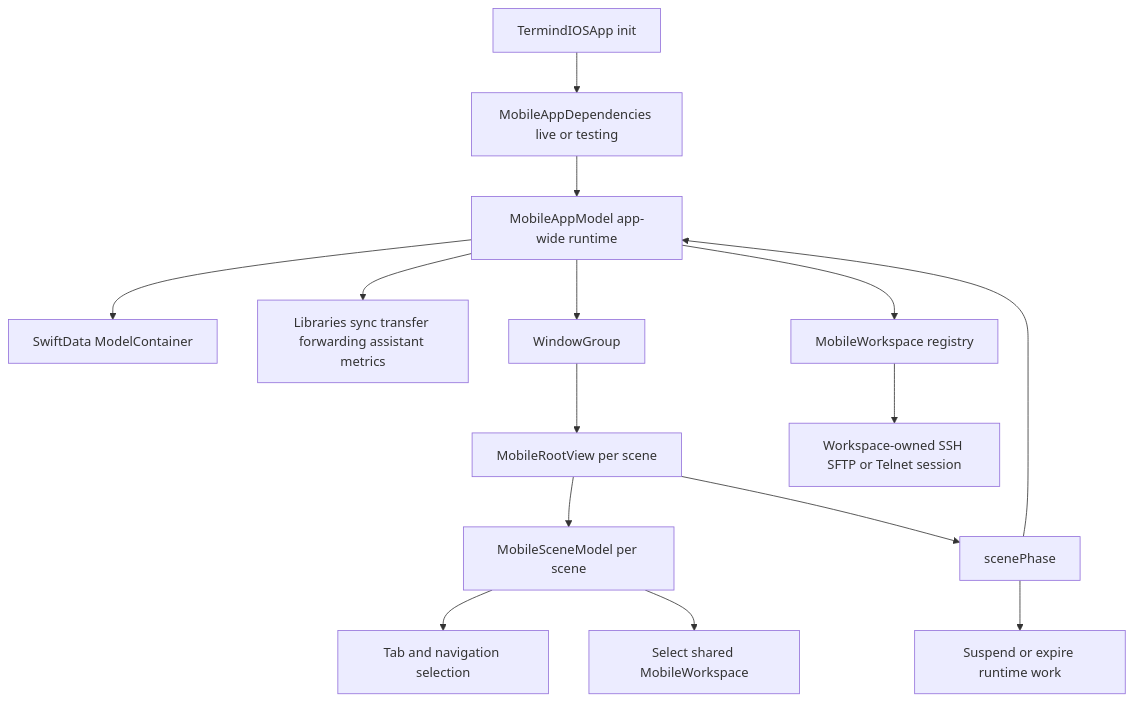
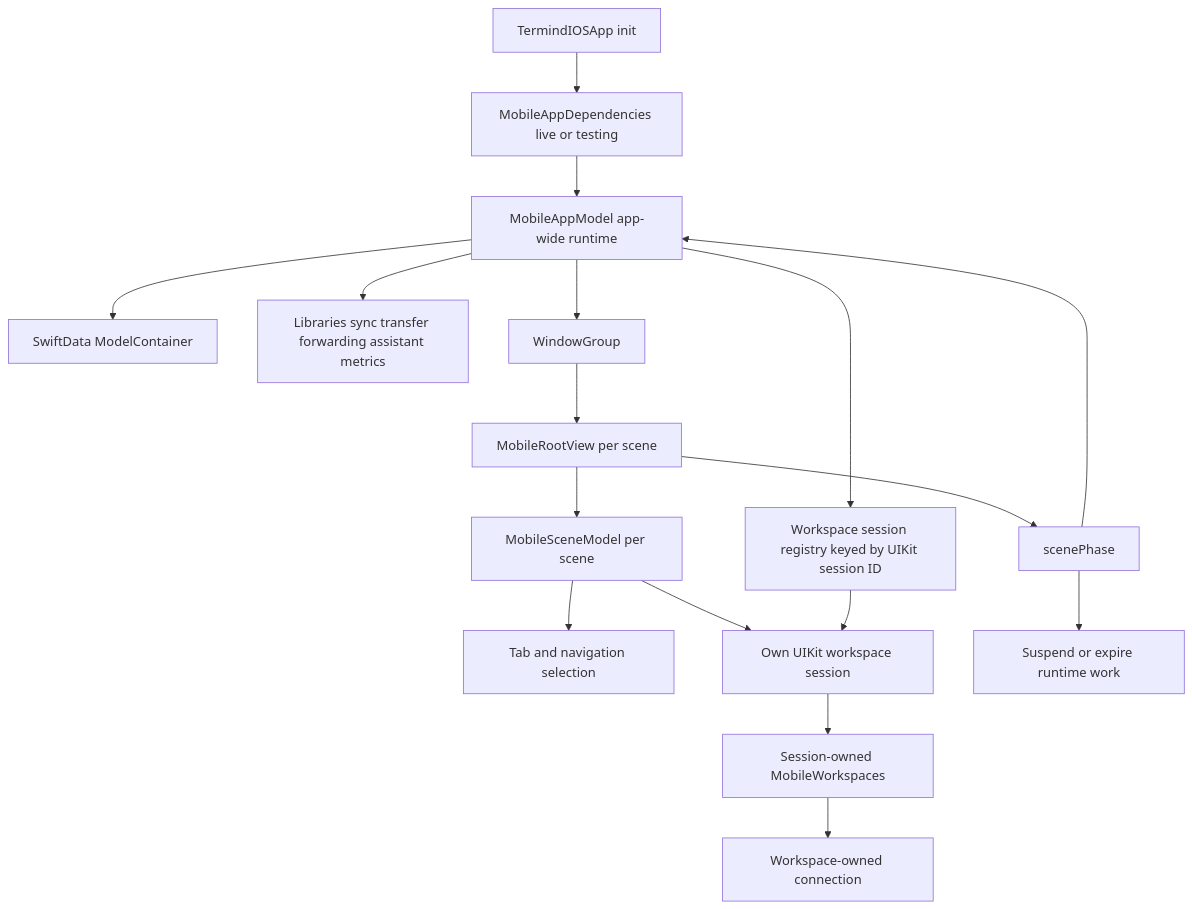
One commit to AkinoKaede/Termind changed the third of 5 diagrams in openwiki/architecture/platform-runtime.md. Above: the diagram before and after it, drawn with Mermaid. The commit also changed other lines of this file and 51 other files, not shown here.

````diff
--- a/openwiki/architecture/platform-runtime.md
+++ b/openwiki/architecture/platform-runtime.md
@@ -199,17 +207,19 @@
 ```mermaid
 flowchart TD
     Launch["TermindIOSApp init"] --> Deps["MobileAppDependencies live or testing"]
     Deps --> MobileApp["MobileAppModel app-wide runtime"]
     MobileApp --> Container["SwiftData ModelContainer"]
     MobileApp --> Services["Libraries sync transfer forwarding assistant metrics"]
-    MobileApp --> SharedWorkspaces["MobileWorkspace registry"]
+    MobileApp --> Sessions["Workspace session registry keyed by UIKit session ID"]
     MobileApp --> Group["WindowGroup"]
     Group --> Root["MobileRootView per scene"]
     Root --> Scene["MobileSceneModel per scene"]
     Scene --> Nav["Tab and navigation selection"]
-    Scene --> Selected["Select shared MobileWorkspace"]
-    SharedWorkspaces --> Session["Workspace-owned SSH SFTP or Telnet session"]
+    Scene --> Owner["Own UIKit workspace session"]
+    Sessions --> Owner
+    Owner --> Workspace["Session-owned MobileWorkspaces"]
+    Workspace --> Transport["Workspace-owned connection"]
     Root --> Phase["scenePhase"]
     Phase --> MobileApp
     Phase --> Background["Suspend or expire runtime work"]
 ```
````
